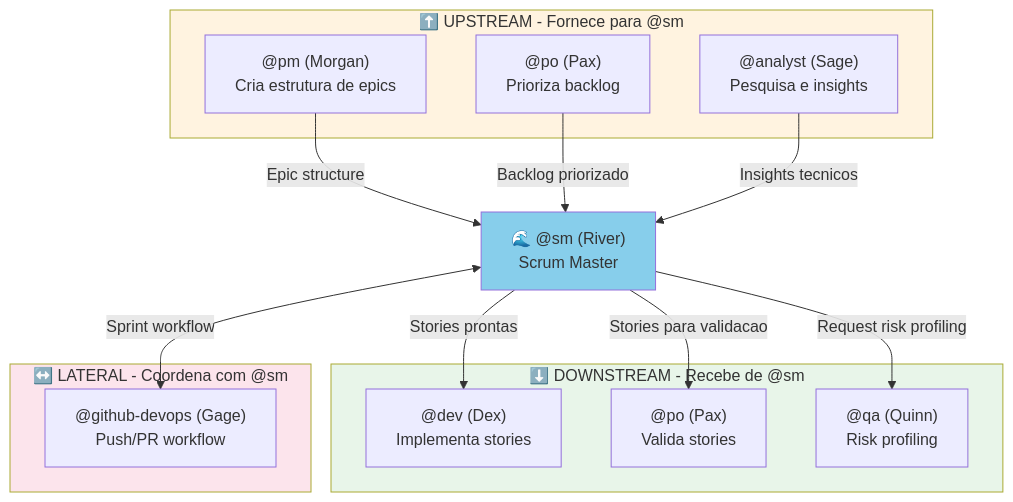
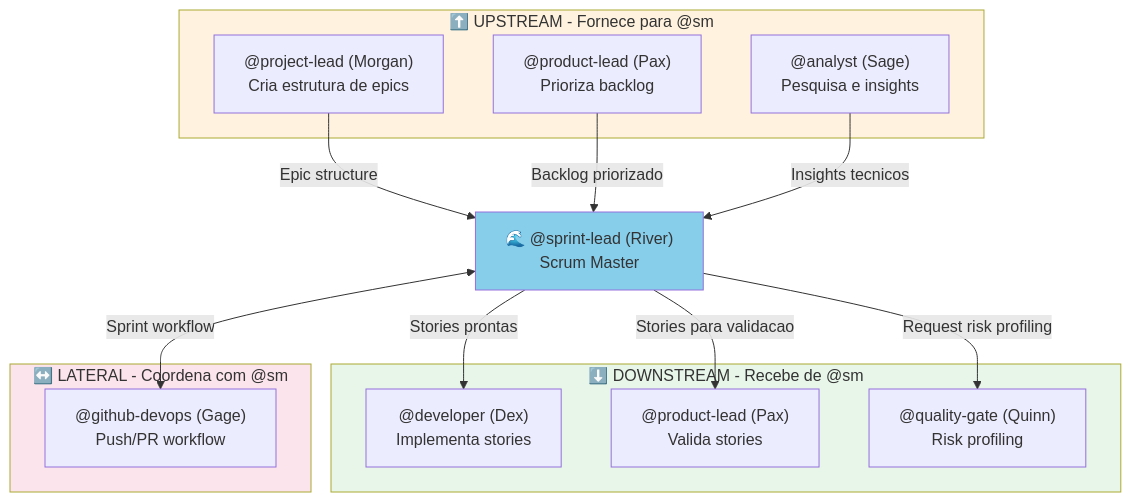
The fourth of 4 diagrams in docs/guides/agents/SM-SYSTEM.md (caioimori/sinapse-ai), drawn with Mermaid before and after one commit. The commit also changed other lines of this file and 873 other files, not shown here.

````diff
--- a/docs/guides/agents/SM-SYSTEM.md
+++ b/docs/guides/agents/SM-SYSTEM.md
@@ -242,35 +242,35 @@
 ```mermaid
 flowchart TB
     subgraph UPSTREAM["⬆️ UPSTREAM - Fornece para @sm"]
-        PM_UP["@pm (Morgan)<br/>Cria estrutura de epics"]
-        PO_UP["@po (Pax)<br/>Prioriza backlog"]
+        PM_UP["@project-lead (Morgan)<br/>Cria estrutura de epics"]
+        PO_UP["@product-lead (Pax)<br/>Prioriza backlog"]
         ANALYST_UP["@analyst (Sage)<br/>Pesquisa e insights"]
     end
 
-    SM_CENTRAL["🌊 @sm (River)<br/>Scrum Master"]
+    SM_CENTRAL["🌊 @sprint-lead (River)<br/>Scrum Master"]
 
     subgraph DOWNSTREAM["⬇️ DOWNSTREAM - Recebe de @sm"]
-        DEV_DOWN["@dev (Dex)<br/>Implementa stories"]
-        PO_DOWN["@po (Pax)<br/>Valida stories"]
-        QA_DOWN["@qa (Quinn)<br/>Risk profiling"]
+        DEV_DOWN["@developer (Dex)<br/>Implementa stories"]
+        PO_DOWN["@product-lead (Pax)<br/>Valida stories"]
+        QA_DOWN["@quality-gate (Quinn)<br/>Risk profiling"]
     end
 
     subgraph LATERAL["↔️ LATERAL - Coordena com @sm"]
         DEVOPS_LAT["@github-devops (Gage)<br/>Push/PR workflow"]
     end
 
     PM_UP -->|"Epic structure"| SM_CENTRAL
     PO_UP -->|"Backlog priorizado"| SM_CENTRAL
     ANALYST_UP -->|"Insights tecnicos"| SM_CENTRAL
 
     SM_CENTRAL -->|"Stories prontas"| DEV_DOWN
     SM_CENTRAL -->|"Stories para validacao"| PO_DOWN
     SM_CENTRAL -->|"Request risk profiling"| QA_DOWN
 
     SM_CENTRAL <-->|"Sprint workflow"| DEVOPS_LAT
 
     style SM_CENTRAL fill:#87CEEB
     style UPSTREAM fill:#fff3e0
     style DOWNSTREAM fill:#e8f5e9
     style LATERAL fill:#fce4ec
 ```
````
